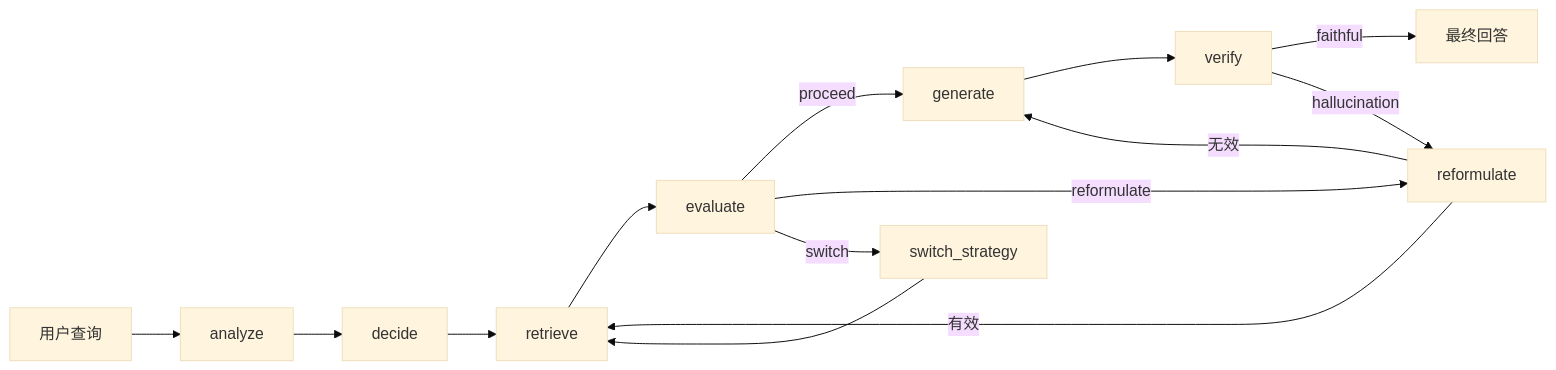
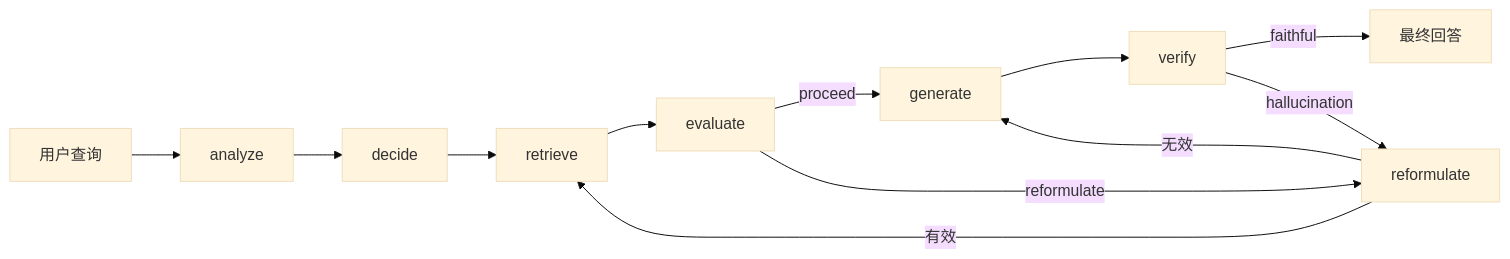
Before and after one commit to yyc2417/RAGForge: the second of 2 diagrams in docs/modules/agent.md, drawn with Mermaid (base theme). The commit also changed other lines of this file and 7 other files, not shown here.

````diff
--- a/docs/modules/agent.md
+++ b/docs/modules/agent.md
@@ -169,16 +165,14 @@
 ```mermaid
 graph LR
     Q[用户查询] --> A[analyze]
     A --> D[decide]
     D --> R[retrieve]
     R --> E[evaluate]
     E -->|proceed| G[generate]
     E -->|reformulate| RF[reformulate]
-    E -->|switch| SS[switch_strategy]
     RF -->|有效| R
     RF -->|无效| G
-    SS --> R
     G --> V[verify]
     V -->|faithful| ANS[最终回答]
     V -->|hallucination| RF
 ```
````
